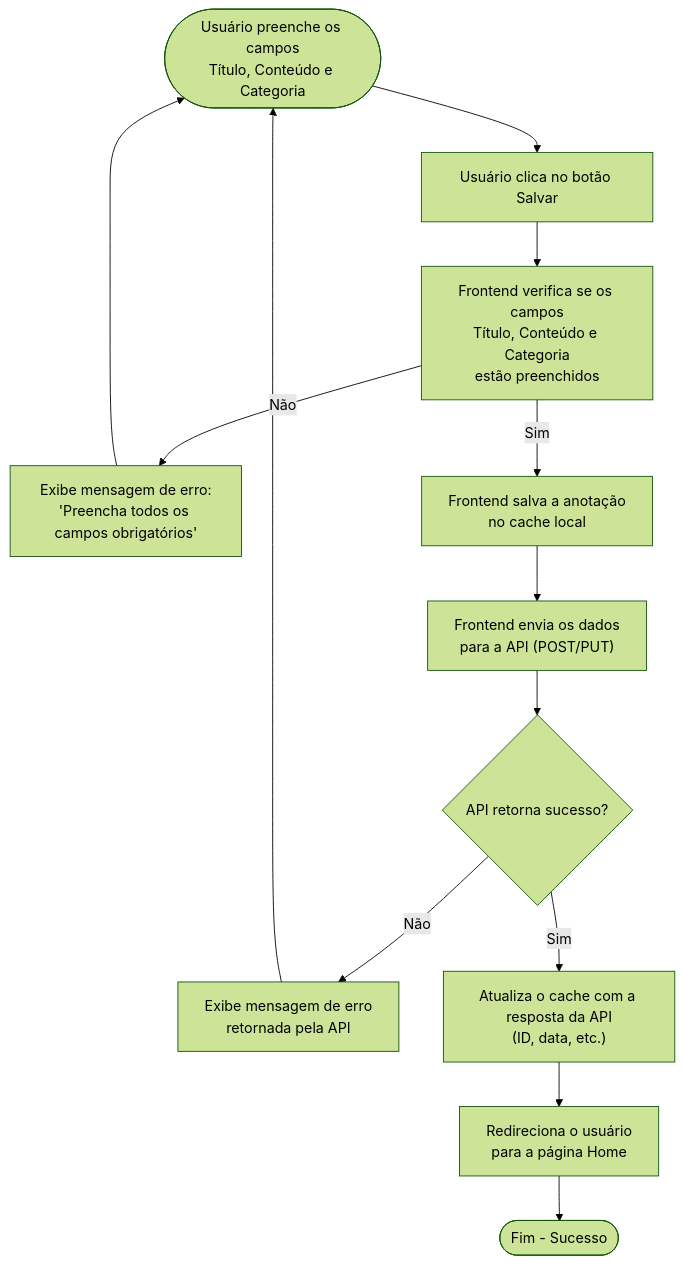
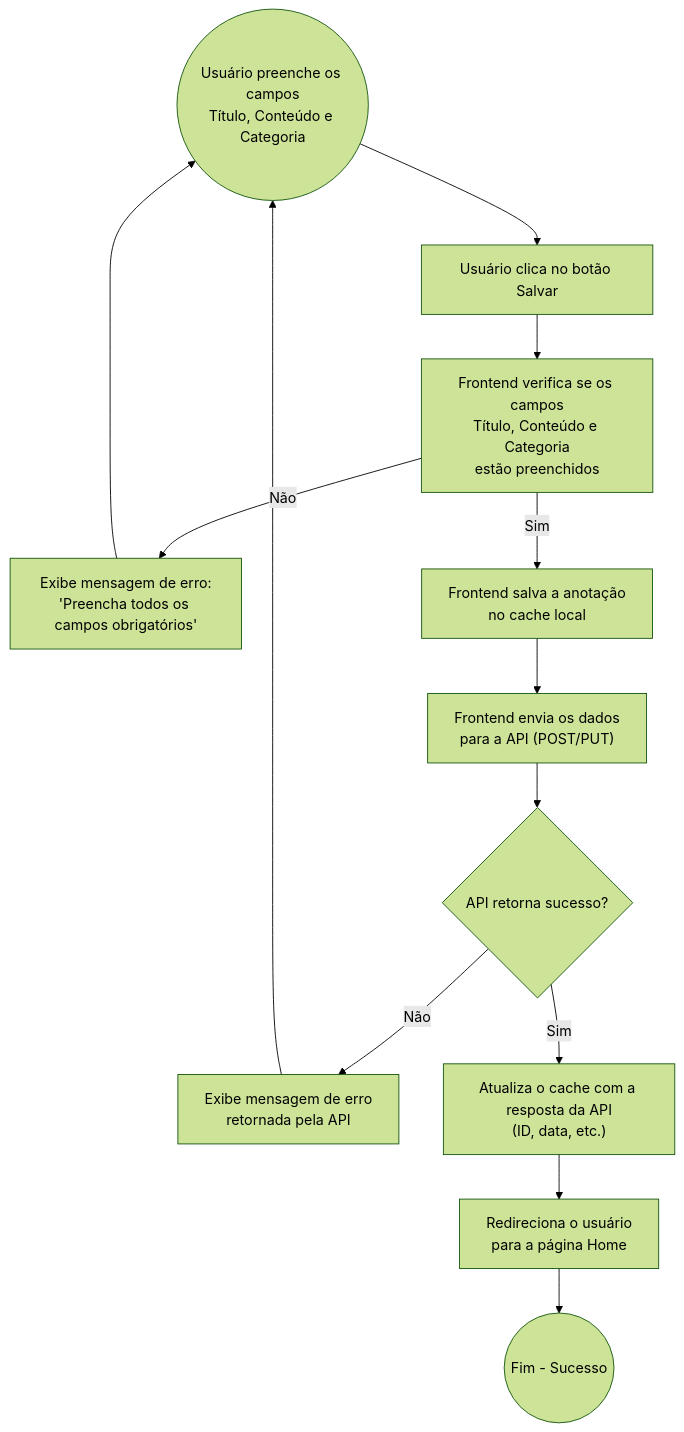
One commit to AsaphMoraes/AnotaAqui changed the eighth of 14 diagrams in CONTEXT.md. Above: the diagram before and after it, drawn with Mermaid (forest theme). The commit also changed other lines of this file, not shown here.

````diff
--- a/CONTEXT.md
+++ b/CONTEXT.md
@@ -207,19 +216,19 @@
 ```mermaid
 flowchart TB
-    A([Usuário preenche os campos<br>Título, Conteúdo e Categoria]) --> B[Usuário clica no botão Salvar]
+    A((Usuário preenche os campos<br>Título, Conteúdo e Categoria)) --> B[Usuário clica no botão Salvar]
     B --> C[Frontend verifica se os campos<br>Título, Conteúdo e Categoria<br>estão preenchidos]
 
     C -->|Não| D[Exibe mensagem de erro:<br>'Preencha todos os campos obrigatórios']
     D --> A
 
     C -->|Sim| E[Frontend salva a anotação<br>no cache local]
     E --> F["Frontend envia os dados<br>para a API (POST/PUT)"]
     F --> G{API retorna sucesso?}
 
     G -->|Não| H[Exibe mensagem de erro<br>retornada pela API]
     H --> A
 
     G -->|Sim| I["Atualiza o cache com a resposta da API<br>(ID, data, etc.)"]
     I --> J[Redireciona o usuário<br>para a página Home]
-    J --> K([Fim - Sucesso])
+    J --> K((Fim - Sucesso))
 ```
````
